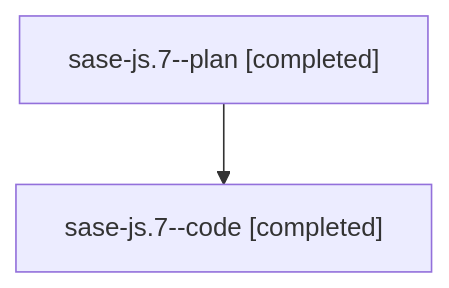
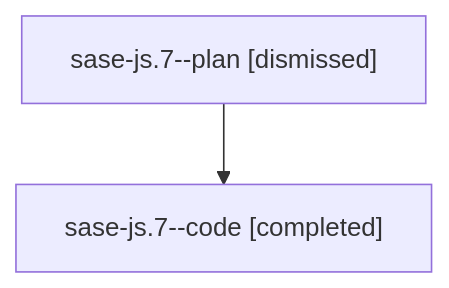
Before and after one commit to sase-org/sase--agents: the diagram in families/bbugyi200.athena.sase-js.7.md, drawn with Mermaid. The commit also changed other lines of this file and 1163 other files, not shown here.

````diff
--- a/families/bbugyi200.athena.sase-js.7.md
+++ b/families/bbugyi200.athena.sase-js.7.md
@@ -9,6 +9,6 @@
 ```mermaid
 flowchart TD
-  n0["sase-js.7--plan [completed]"]
+  n0["sase-js.7--plan [dismissed]"]
   n1["sase-js.7--code [completed]"]
   n0 --> n1
 ```
````
